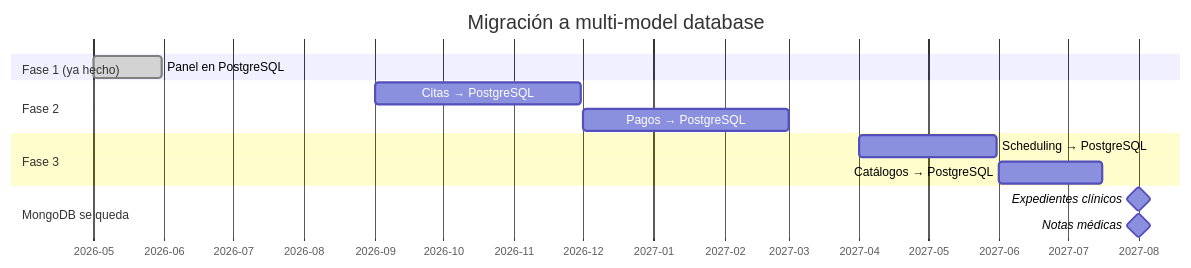
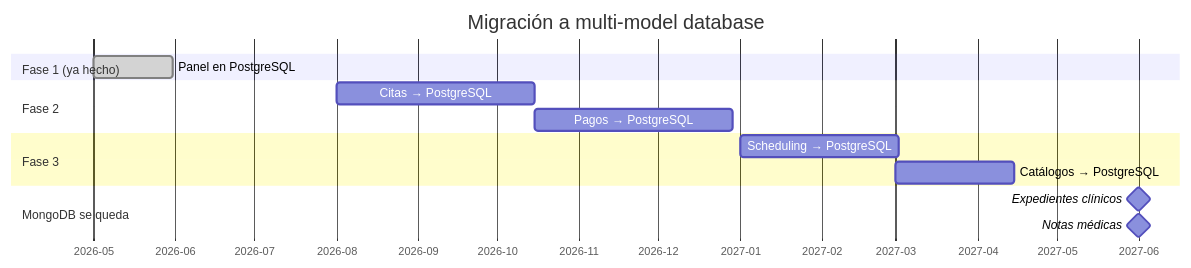
Diagram 14 of 20 in README.md (gmeono94/nua-salud-panel), drawn with Mermaid before and after one commit. The commit also changed other lines of this file, not shown here.

Commit message:
docs: compress roadmap timelines to finish by Q2 2027

````diff
--- a/README.md
+++ b/README.md
@@ -770,21 +770,21 @@
 ```mermaid
 gantt
     title Migración a multi-model database
     dateFormat YYYY-MM-DD
     axisFormat %Y-%m
 
     section Fase 1 (ya hecho)
     Panel en PostgreSQL      :done, 2026-05-01, 30d
 
     section Fase 2
-    Citas → PostgreSQL       :2026-09-01, 90d
-    Pagos → PostgreSQL       :2026-12-01, 90d
+    Citas → PostgreSQL       :2026-08-01, 75d
+    Pagos → PostgreSQL       :2026-10-15, 75d
 
     section Fase 3
-    Scheduling → PostgreSQL  :2027-04-01, 60d
-    Catálogos → PostgreSQL   :2027-06-01, 45d
+    Scheduling → PostgreSQL  :2027-01-01, 60d
+    Catálogos → PostgreSQL   :2027-03-01, 45d
 
     section MongoDB se queda
-    Expedientes clínicos     :milestone, 2027-08-01, 0d
-    Notas médicas            :milestone, 2027-08-01, 0d
+    Expedientes clínicos     :milestone, 2027-06-01, 0d
+    Notas médicas            :milestone, 2027-06-01, 0d
 ```
````
